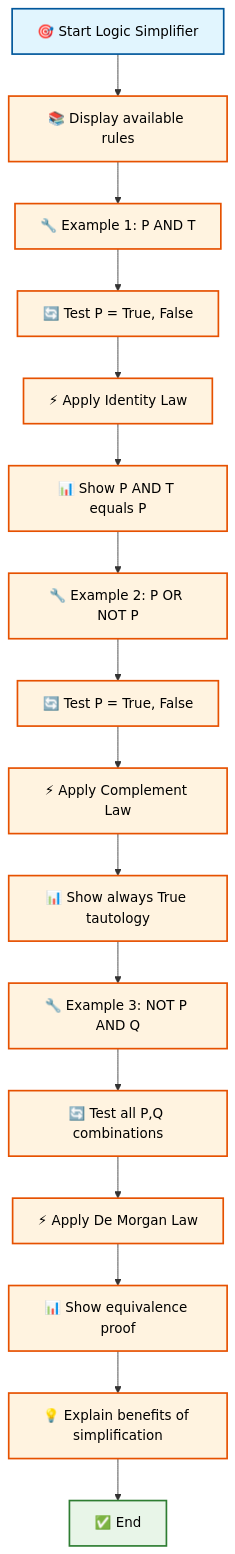
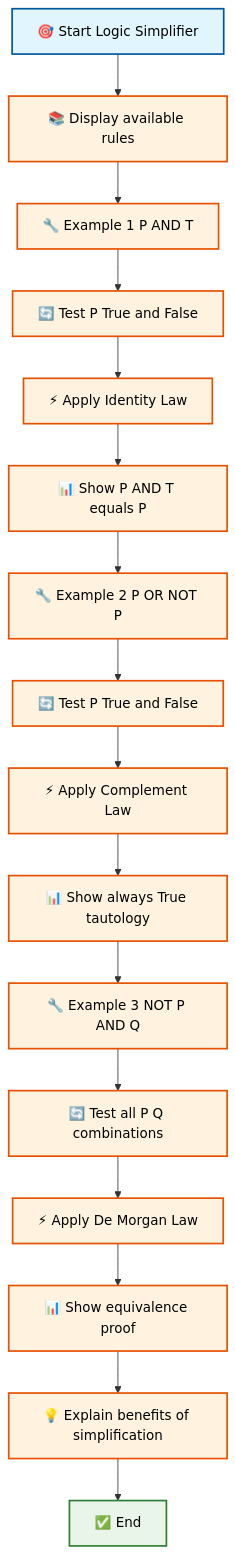
One commit to antonprafanto/logikamatematika changed the eighth of 10 diagrams in pertemuan3.md. Above: the diagram before and after it, drawn with Mermaid. The commit also changed other lines of this file, not shown here.

````diff
--- a/pertemuan3.md
+++ b/pertemuan3.md
@@ -928,35 +928,35 @@
 ```mermaid
 flowchart TD
     A[🎯 Start Logic Simplifier] --> B[📚 Display available rules]
-    B --> C[🔧 Example 1: P AND T]
-    C --> D[🔄 Test P = True, False]
+    B --> C[🔧 Example 1 P AND T]
+    C --> D[🔄 Test P True and False]
     D --> E[⚡ Apply Identity Law]
     E --> F[📊 Show P AND T equals P]
-    F --> G[🔧 Example 2: P OR NOT P]
-    G --> H[🔄 Test P = True, False]
+    F --> G[🔧 Example 2 P OR NOT P]
+    G --> H[🔄 Test P True and False]
     H --> I[⚡ Apply Complement Law]
     I --> J[📊 Show always True tautology]
-    J --> K[🔧 Example 3: NOT P AND Q]
-    K --> L[🔄 Test all P,Q combinations]
+    J --> K[🔧 Example 3 NOT P AND Q]
+    K --> L[🔄 Test all P Q combinations]
     L --> M[⚡ Apply De Morgan Law]
     M --> N[📊 Show equivalence proof]
     N --> O[💡 Explain benefits of simplification]
     O --> P[✅ End]
     
     style A fill:#e1f5fe,stroke:#01579b,stroke-width:2px,color:#000
     style B fill:#fff3e0,stroke:#e65100,stroke-width:2px,color:#000
     style C fill:#fff3e0,stroke:#e65100,stroke-width:2px,color:#000
     style D fill:#fff3e0,stroke:#e65100,stroke-width:2px,color:#000
     style E fill:#fff3e0,stroke:#e65100,stroke-width:2px,color:#000
     style F fill:#fff3e0,stroke:#e65100,stroke-width:2px,color:#000
     style G fill:#fff3e0,stroke:#e65100,stroke-width:2px,color:#000
     style H fill:#fff3e0,stroke:#e65100,stroke-width:2px,color:#000
     style I fill:#fff3e0,stroke:#e65100,stroke-width:2px,color:#000
     style J fill:#fff3e0,stroke:#e65100,stroke-width:2px,color:#000
     style K fill:#fff3e0,stroke:#e65100,stroke-width:2px,color:#000
     style L fill:#fff3e0,stroke:#e65100,stroke-width:2px,color:#000
     style M fill:#fff3e0,stroke:#e65100,stroke-width:2px,color:#000
     style N fill:#fff3e0,stroke:#e65100,stroke-width:2px,color:#000
     style O fill:#fff3e0,stroke:#e65100,stroke-width:2px,color:#000
     style P fill:#e8f5e8,stroke:#2e7d32,stroke-width:2px,color:#000
 ```
````
